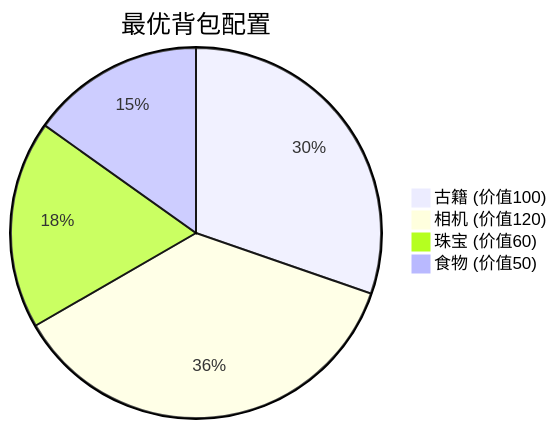
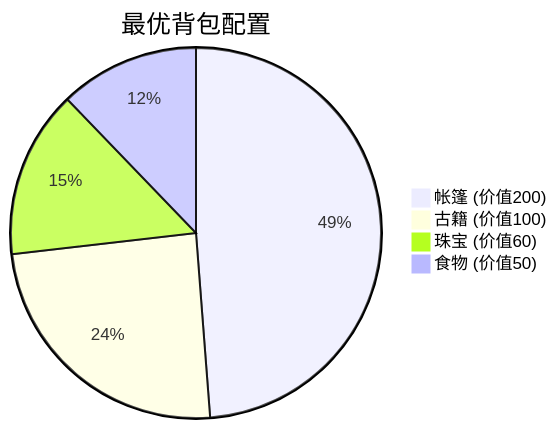
Before and after one commit to ScaleFree-Tech/yishape-math: the fourth of 5 diagrams in model_zoo/knapsack/knapsack_introduction.md, drawn with Mermaid. The commit also changed other lines of this file and 21 other files, not shown here.

````diff
--- a/model_zoo/knapsack/knapsack_introduction.md
+++ b/model_zoo/knapsack/knapsack_introduction.md
@@ -137,7 +137,7 @@
 ```mermaid
 pie title 最优背包配置
+    "帐篷 (价值200)" : 200
     "古籍 (价值100)" : 100
-    "相机 (价值120)" : 120
     "珠宝 (价值60)" : 60
     "食物 (价值50)" : 50
 ```
````
